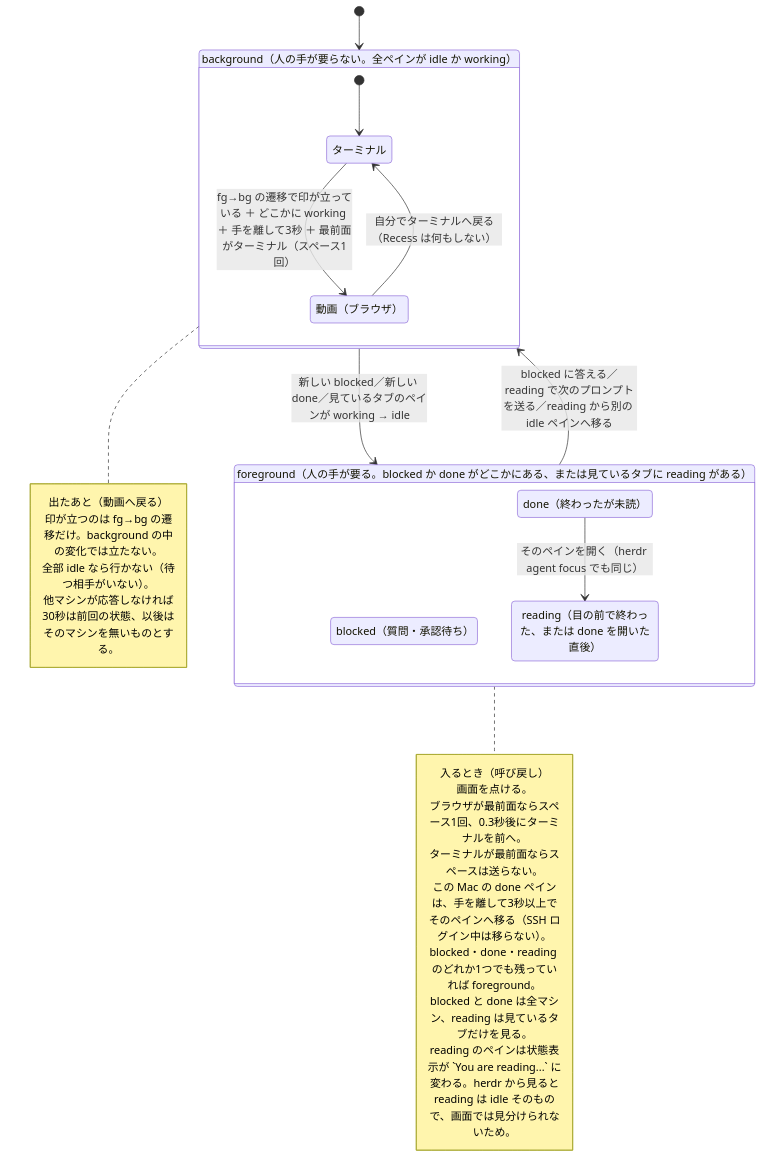
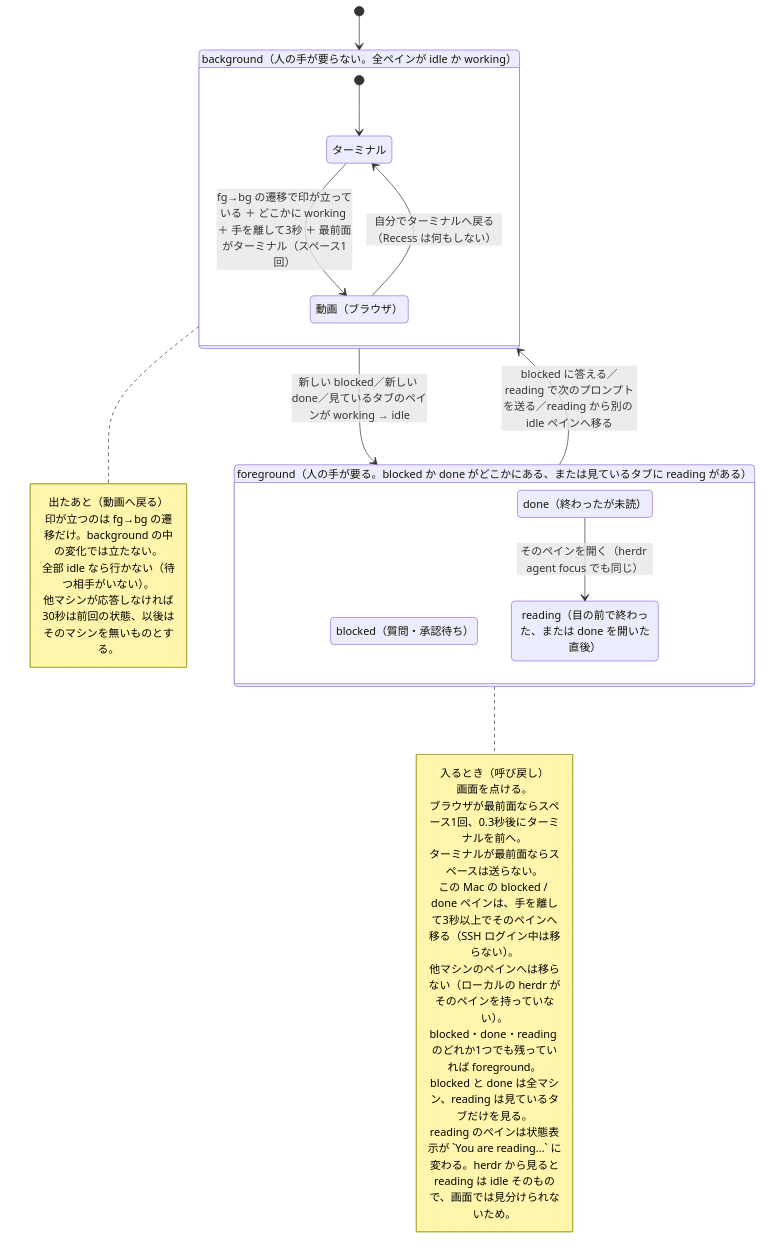
Before and after one commit to tatsuro-ueda/recess: the second of 2 diagrams in docs/spec.md, drawn with Mermaid. The commit also changed other lines of this file and 1 other file, not shown here.

Commit message:
feat: 呼んだペインまで連れて行ってほしい（自動ジャンプの対象に blocked を追加）
2026年9月29日 recessでblockedのペインにも移るようにする

これまで blocked ではターミナルが前に出るだけで、どのペインが呼んだかは自分で探していた。
herdr agent focus の対象を done だけから blocked にも広げる。手を離して3秒・SSH ログイン無し
という条件はそのまま。他マシンのペインへ移れないのは変わらない（ローカル herdr が持っていない）。

````diff
--- a/docs/spec.md
+++ b/docs/spec.md
@@ -153,42 +154,43 @@
 ```mermaid
 stateDiagram-v2
     direction TB
 
     state "background（人の手が要らない。全ペインが idle か working）" as bg {
         state "ターミナル" as term
         state "動画（ブラウザ）" as nf
         [*] --> term
         term --> nf : fg→bg の遷移で印が立っている ＋ どこかに working ＋ 手を離して3秒 ＋ 最前面がターミナル（スペース1回）
         nf --> term : 自分でターミナルへ戻る（Recess は何もしない）
     }
 
     state "foreground（人の手が要る。blocked か done がどこかにある、または見ているタブに reading がある）" as fg {
         state "blocked（質問・承認待ち）" as blocked
         state "done（終わったが未読）" as done
         state "reading（目の前で終わった、または done を開いた直後）" as reading
         done --> reading : そのペインを開く（herdr agent focus でも同じ）
     }
 
     [*] --> bg
     bg --> fg : 新しい blocked／新しい done／見ているタブのペインが working → idle
     fg --> bg : blocked に答える／reading で次のプロンプトを送る／reading から別の idle ペインへ移る
 
     note right of fg
         入るとき（呼び戻し）
         画面を点ける。
         ブラウザが最前面ならスペース1回、0.3秒後にターミナルを前へ。
         ターミナルが最前面ならスペースは送らない。
-        この Mac の done ペインは、手を離して3秒以上でそのペインへ移る（SSH ログイン中は移らない）。
+        この Mac の blocked / done ペインは、手を離して3秒以上でそのペインへ移る（SSH ログイン中は移らない）。
+        他マシンのペインへは移らない（ローカルの herdr がそのペインを持っていない）。
         blocked・done・reading のどれか1つでも残っていれば foreground。
         blocked と done は全マシン、reading は見ているタブだけを見る。
         reading のペインは状態表示が `You are reading...` に変わる。herdr から見ると
         reading は idle そのもので、画面では見分けられないため。
     end note
 
     note right of bg
         出たあと（動画へ戻る）
         印が立つのは fg→bg の遷移だけ。background の中の変化では立たない。
         全部 idle なら行かない（待つ相手がいない）。
         他マシンが応答しなければ30秒は前回の状態、以後はそのマシンを無いものとする。
     end note
 ```
````
